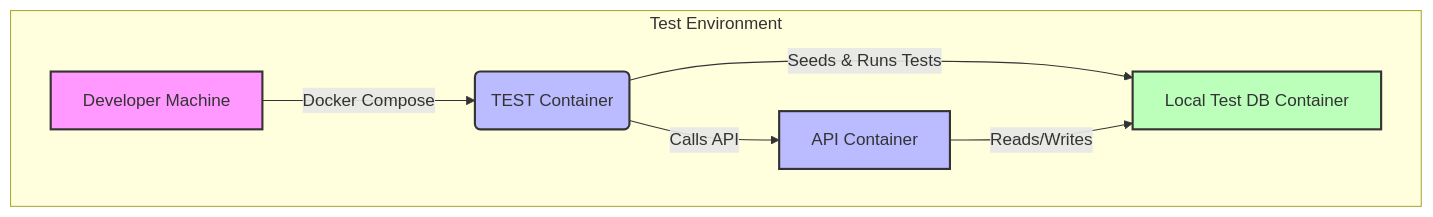
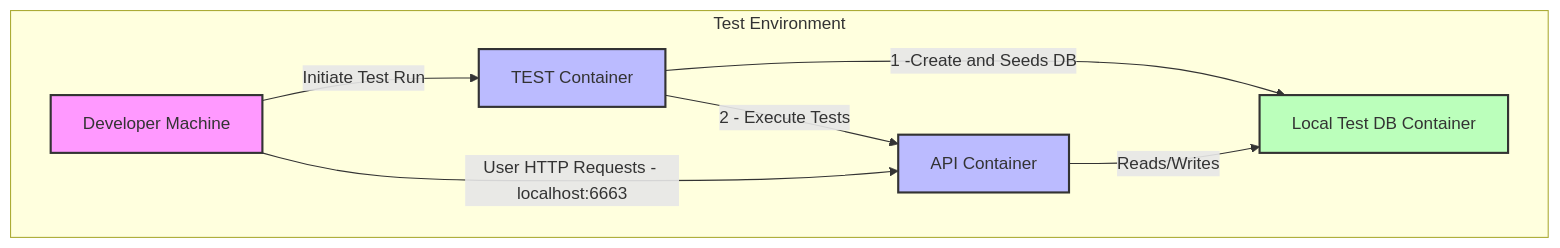
Before and after one commit to justinl-y/demo-platform: the second of 2 diagrams in api-demo/README.md, drawn with Mermaid. The commit also changed other lines of this file and 4 other files, not shown here.

````diff
--- a/api-demo/README.md
+++ b/api-demo/README.md
@@ -32,14 +35,18 @@
 ```mermaid
 flowchart TB
     subgraph Test Environment
-        E[Developer Machine] -->|Docker Compose| F(TEST Container)
-        F -->|Seeds & Runs Tests| G[Local Test DB Container]
-        F -->|Calls API| H[API Container]
+        E[Developer Machine]
+
+        E -->|Initiate Test Run| F[TEST Container]
+        E -->|User HTTP Requests - localhost:6663| H[API Container]
+
+        F -->|1 -Create and Seeds DB| G[Local Test DB Container]
+        F -->|2 - Execute Tests| H
         H -->|Reads/Writes| G
     end
 
     style E fill:#f9f,stroke:#333,stroke-width:2px
     style F fill:#bbf,stroke:#333,stroke-width:2px
     style G fill:#bfb,stroke:#333,stroke-width:2px
     style H fill:#bbf,stroke:#333,stroke-width:2px
 ```
````
